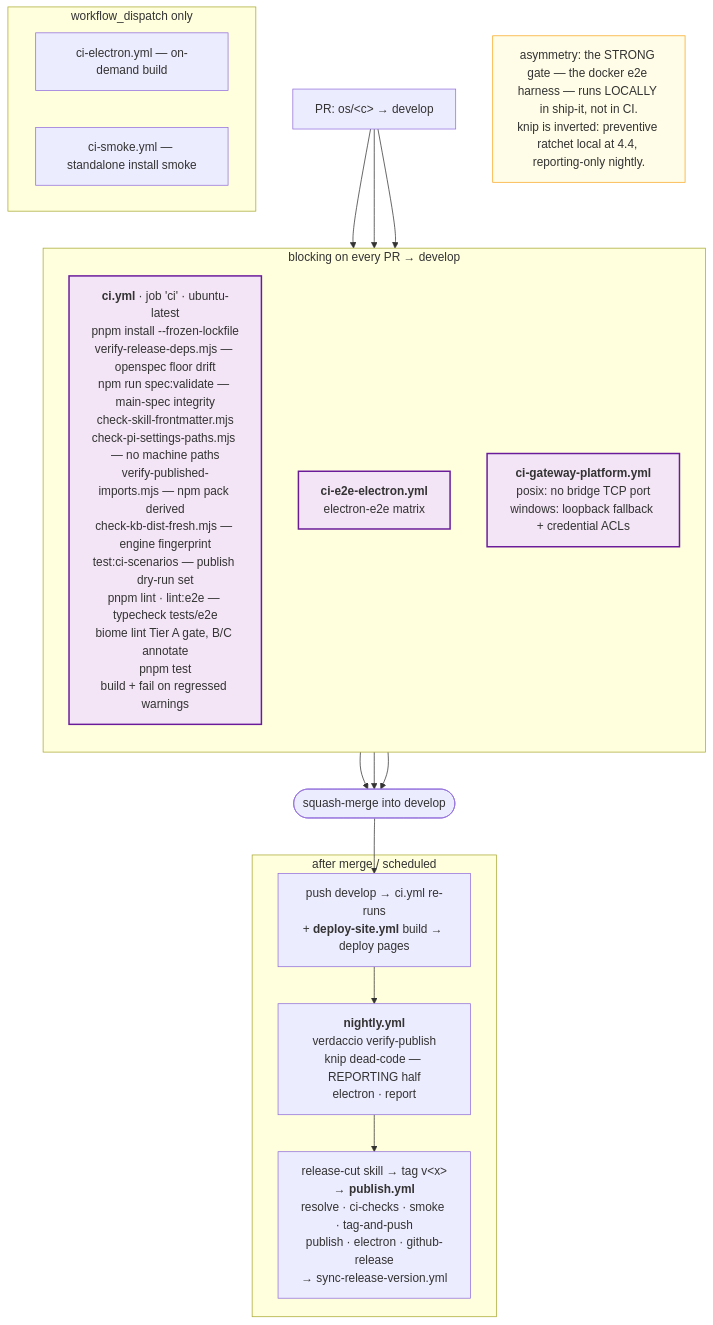
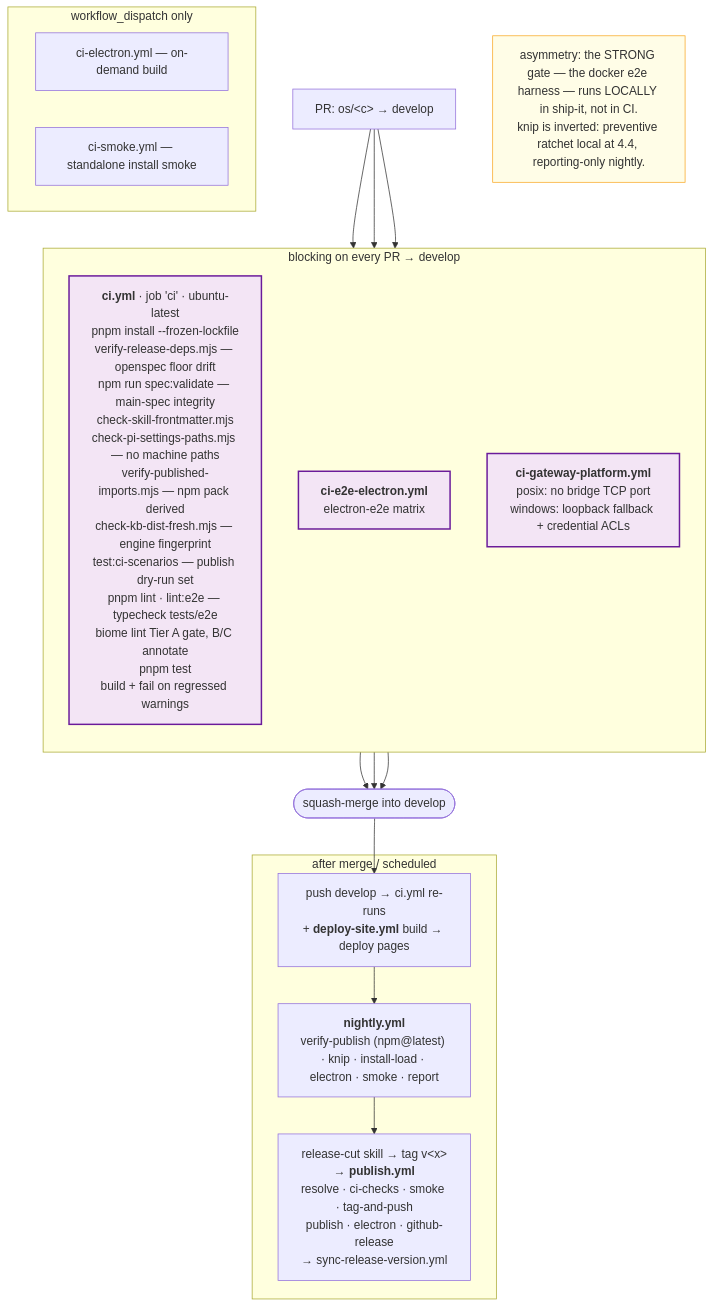
One commit to BlackBeltTechnology/pi-agent-dashboard changed the diagram in docs/pipeline-map/5-ci.mmd. Above: the diagram before and after it, drawn with Mermaid. The commit also changed 45 other files, not shown here.

First line of the commit message:
feat(schedule-release-rehearsal): scheduled npm@latest release rehearsal nightly (#1199)

```diff
--- a/docs/pipeline-map/5-ci.mmd
+++ b/docs/pipeline-map/5-ci.mmd
@@ -1,33 +1,33 @@
 flowchart TD
   PR["PR: os/&lt;c&gt; → develop"]
 
   subgraph BLOCKING["blocking on every PR → develop"]
     direction TB
     A["<b>ci.yml</b> · job 'ci' · ubuntu-latest<br/>pnpm install --frozen-lockfile<br/>verify-release-deps.mjs — openspec floor drift<br/>npm run spec:validate — main-spec integrity<br/>check-skill-frontmatter.mjs<br/>check-pi-settings-paths.mjs — no machine paths<br/>verify-published-imports.mjs — npm pack derived<br/>check-kb-dist-fresh.mjs — engine fingerprint<br/>test:ci-scenarios — publish dry-run set<br/>pnpm lint · lint:e2e — typecheck tests/e2e<br/>biome lint Tier A gate, B/C annotate<br/>pnpm test<br/>build + fail on regressed warnings"]
     B["<b>ci-e2e-electron.yml</b><br/>electron-e2e matrix"]
     C["<b>ci-gateway-platform.yml</b><br/>posix: no bridge TCP port<br/>windows: loopback fallback + credential ACLs"]
   end
 
   subgraph ONDEMAND["workflow_dispatch only"]
     D["ci-electron.yml — on-demand build"]
     E["ci-smoke.yml — standalone install smoke"]
   end
 
   subgraph AFTER["after merge / scheduled"]
     F["push develop → ci.yml re-runs<br/>+ <b>deploy-site.yml</b> build → deploy pages"]
-    G["<b>nightly.yml</b><br/>verdaccio verify-publish<br/>knip dead-code — REPORTING half<br/>electron · report"]
+    G["<b>nightly.yml</b><br/>verify-publish (npm@latest) · knip · install-load · electron · smoke · report"]
     H["release-cut skill → tag v&lt;x&gt;<br/>→ <b>publish.yml</b><br/>resolve · ci-checks · smoke · tag-and-push<br/>publish · electron · github-release<br/>→ sync-release-version.yml"]
   end
 
   PR --> A & B & C
   A --> MERGE(["squash-merge into develop"])
   B --> MERGE
   C --> MERGE
   MERGE --> F --> G --> H
 
   NOTE["asymmetry: the STRONG gate — the docker e2e harness — runs LOCALLY in ship-it, not in CI.<br/>knip is inverted: preventive ratchet local at 4.4, reporting-only nightly."]
 
   classDef block fill:#f3e5f5,stroke:#6a1b9a,stroke-width:2px
   classDef note fill:#fffde7,stroke:#f9a825,stroke-width:1px
   class A,B,C block
   class NOTE note
```
